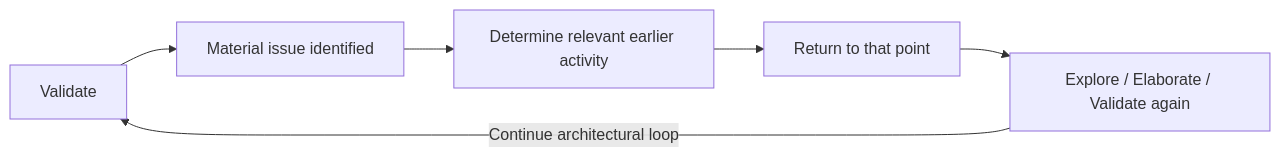
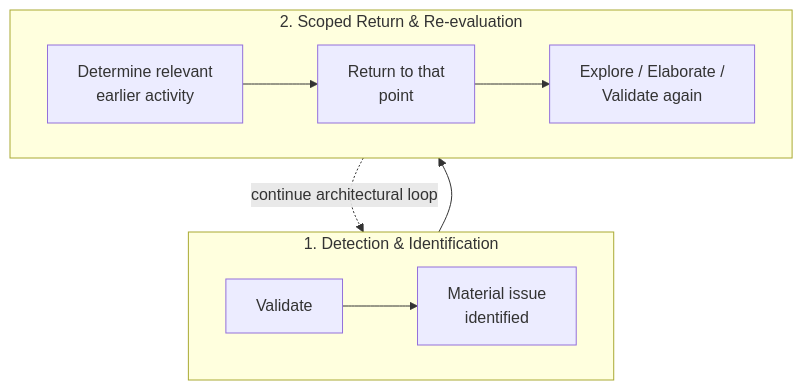
Before and after one commit to avfranco-br/portfolio: the tenth of 16 diagrams in docs/sop/02-target-architecture.md, drawn with Mermaid. The commit also changed other lines of this file and 10 other files, not shown here.

Commit message:
Refactor Mermaid diagrams across SOP and methods documentation for legibility

````diff
--- a/docs/sop/02-target-architecture.md
+++ b/docs/sop/02-target-architecture.md
@@ -1082,10 +1105,15 @@
 ```mermaid
-flowchart LR
-    A["Validate"]
-    B["Material issue identified"]
-    C["Determine relevant earlier activity"]
-    D["Return to that point"]
-    E["Explore / Elaborate / Validate again"]
-    A --> B --> C --> D --> E
-    E -->|"Continue architectural loop"| A
+flowchart TD
+    subgraph Diagnostic["1. Detection & Identification"]
+        direction LR
+        A["Validate"] --> B["Material issue<br/>identified"]
+    end
+
+    subgraph Remediation["2. Scoped Return & Re-evaluation"]
+        direction LR
+        C["Determine relevant<br/>earlier activity"] --> D["Return to that<br/>point"] --> E["Explore / Elaborate /<br/>Validate again"]
+    end
+
+    B --> C
+    E -. "continue architectural loop" .-> A
 ```
````
